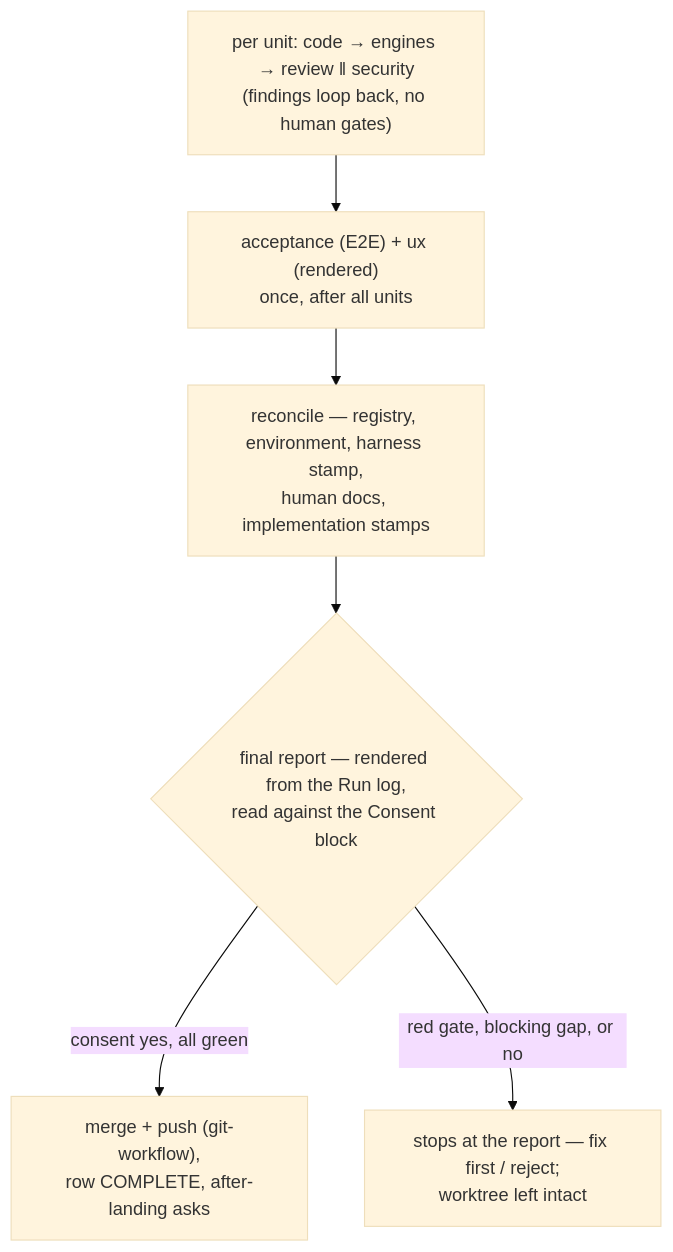
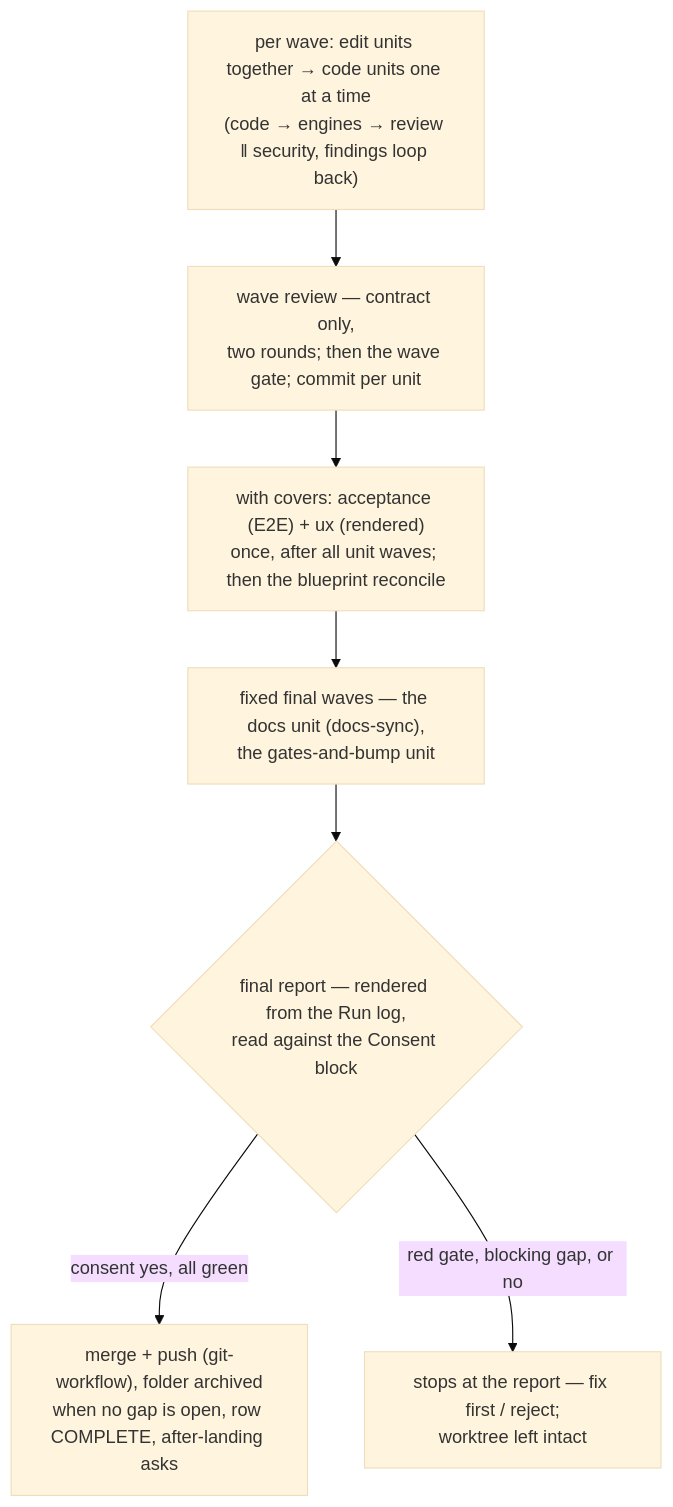
Before and after one commit to virajp/claude-plugins: the second of 2 diagrams in site/src/content/docs/plugins/vwf.md, drawn with Mermaid (base theme). The commit also changed other lines of this file and 2 other files, not shown here.

Commit message:
docs: one executor — the manual

````diff
--- a/site/src/content/docs/plugins/vwf.md
+++ b/site/src/content/docs/plugins/vwf.md
@@ -2022,8 +2109,9 @@
 ```mermaid
 flowchart TD
-    P["per unit: code → engines → review ‖ security<br/>(findings loop back, no human gates)"] --> AX["acceptance (E2E) + ux (rendered)<br/>once, after all units"]
-    AX --> RC["reconcile — registry, environment, harness stamp,<br/>human docs, implementation stamps"]
-    RC --> G{"final report — rendered from the Run log,<br/>read against the Consent block"}
-    G -->|consent yes, all green| M["merge + push (git-workflow),<br/>row COMPLETE, after-landing asks"]
-    G -->|red gate, blocking gap, or no| W["stops at the report — fix first / reject;<br/>worktree left intact"]
+    W["per wave: edit units together → code units one at a time<br/>(code → engines → review ‖ security, findings loop back)"] --> R["wave review — contract only,<br/>two rounds; then the wave gate; commit per unit"]
+    R --> AX["with covers: acceptance (E2E) + ux (rendered)<br/>once, after all unit waves; then the blueprint reconcile"]
+    AX --> F["fixed final waves — the docs unit (docs-sync),<br/>the gates-and-bump unit"]
+    F --> G{"final report — rendered from the Run log,<br/>read against the Consent block"}
+    G -->|consent yes, all green| M["merge + push (git-workflow), folder archived<br/>when no gap is open, row COMPLETE, after-landing asks"]
+    G -->|red gate, blocking gap, or no| S["stops at the report — fix first / reject;<br/>worktree left intact"]
 ```
````
